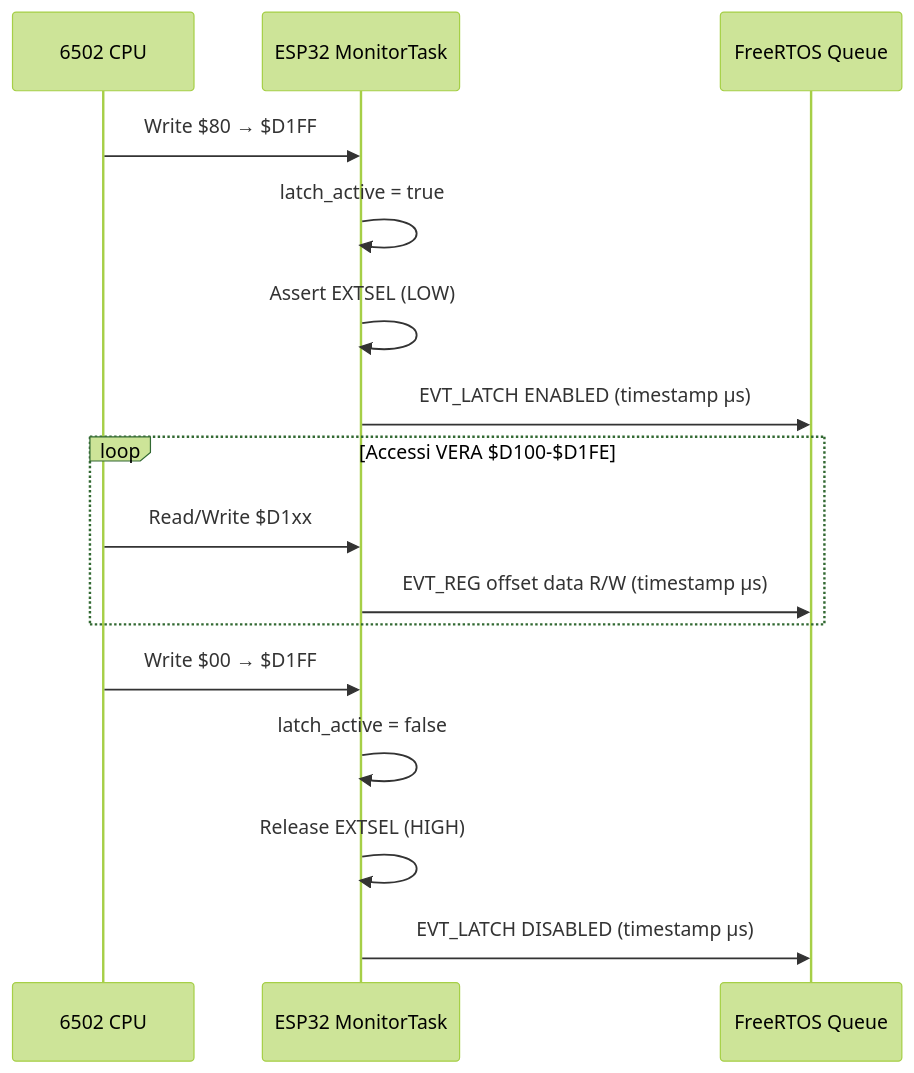
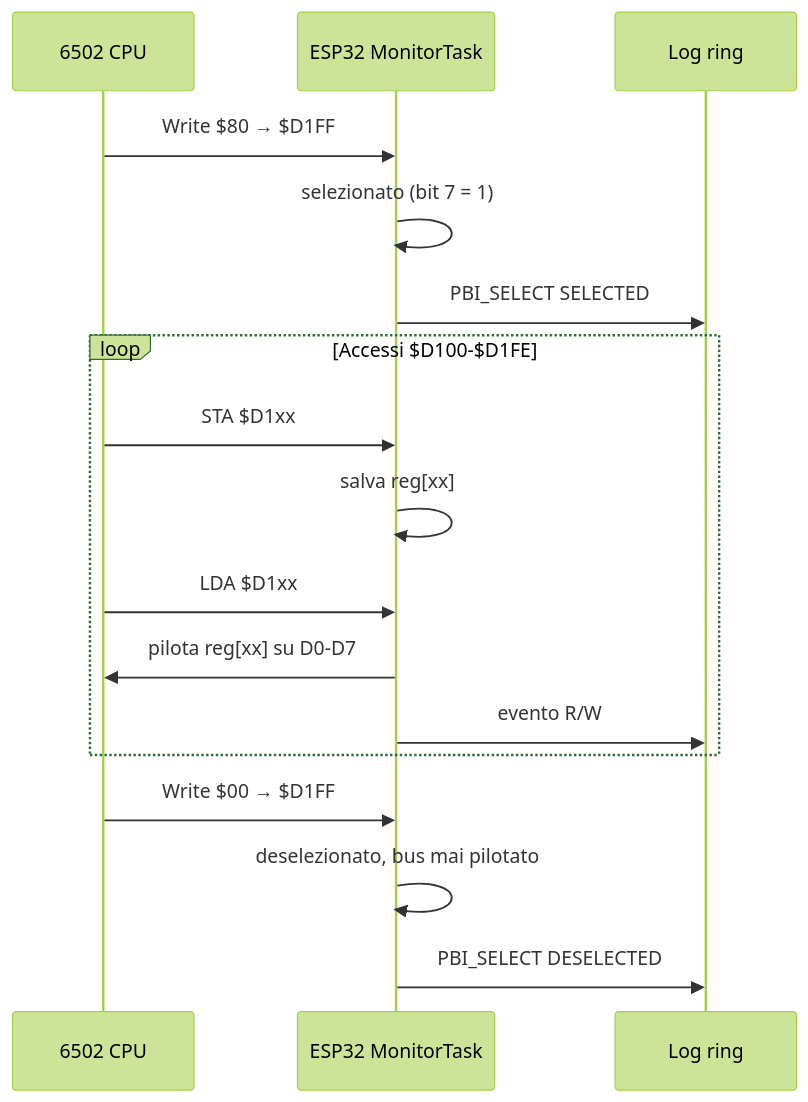
One commit to gianlucarenzi/ESP32-BOBOARD-5V changed the third of 4 diagrams in README.md. Above: the diagram before and after it, drawn with Mermaid (forest theme). The commit also changed other lines of this file and 2 other files, not shown here.

````diff
--- a/README.md
+++ b/README.md
@@ -373,21 +339,22 @@
 ```mermaid
 sequenceDiagram
     participant CPU as 6502 CPU
     participant ESP as ESP32 MonitorTask
-    participant Q  as FreeRTOS Queue
+    participant L  as Log ring
 
     CPU->>ESP: Write $80 → $D1FF
-    ESP->>ESP: latch_active = true
-    ESP->>ESP: Assert EXTSEL (LOW)
-    ESP->>Q: EVT_LATCH ENABLED (timestamp µs)
+    ESP->>ESP: selezionato (bit 7 = 1)
+    ESP->>L: PBI_SELECT SELECTED
 
-    loop Accessi VERA $D100-$D1FE
-        CPU->>ESP: Read/Write $D1xx
-        ESP->>Q: EVT_REG offset data R/W (timestamp µs)
+    loop Accessi $D100-$D1FE
+        CPU->>ESP: STA $D1xx
+        ESP->>ESP: salva reg[xx]
+        CPU->>ESP: LDA $D1xx
+        ESP->>CPU: pilota reg[xx] su D0-D7
+        ESP->>L: evento R/W
     end
 
     CPU->>ESP: Write $00 → $D1FF
-    ESP->>ESP: latch_active = false
-    ESP->>ESP: Release EXTSEL (HIGH)
-    ESP->>Q: EVT_LATCH DISABLED (timestamp µs)
+    ESP->>ESP: deselezionato, bus mai pilotato
+    ESP->>L: PBI_SELECT DESELECTED
 ```
````
